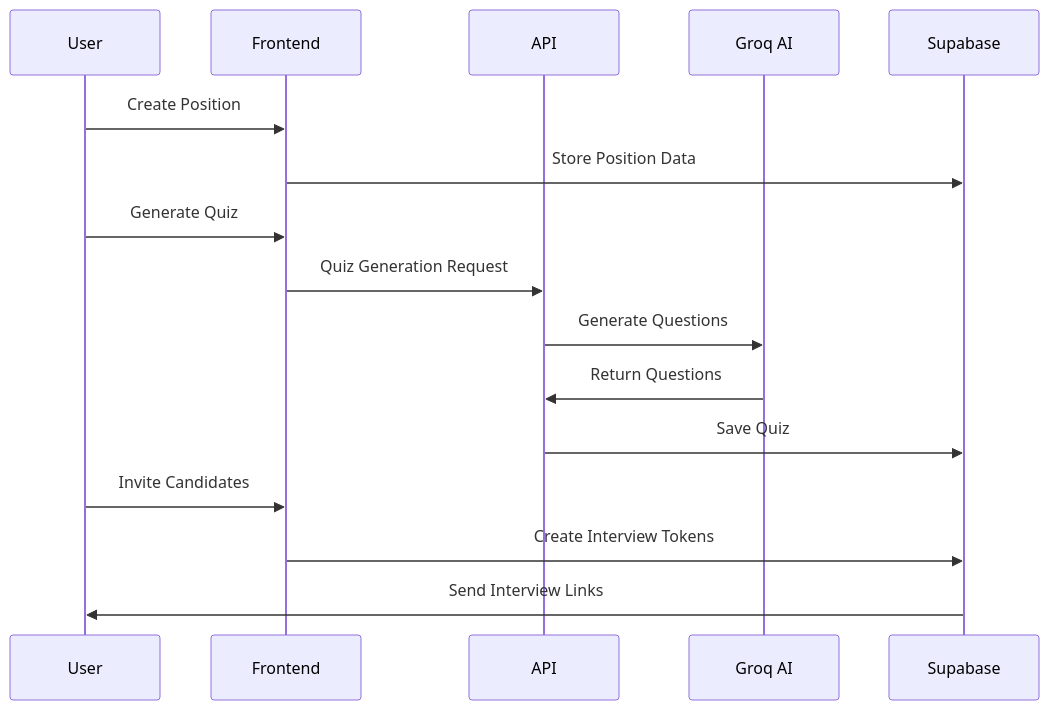
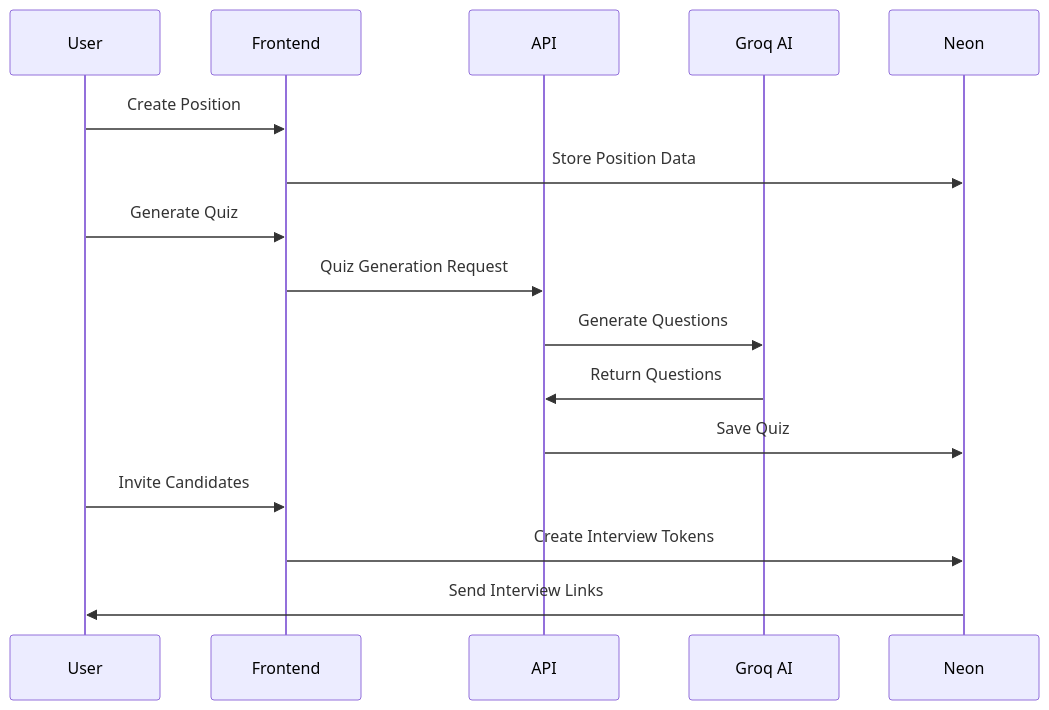
The second of 3 diagrams in README.md (violabg/dev-recruit-ai-features), drawn with Mermaid before and after one commit. The commit also changed other lines of this file and 7 other files, not shown here.

Commit message:
feat: Complete migration from Supabase to Prisma and Neon; remove Supabase dependencies and update documentation

````diff
--- a/README.md
+++ b/README.md
@@ -116,19 +117,19 @@
 ```mermaid
 sequenceDiagram
     participant U as User
     participant F as Frontend
     participant A as API
     participant AI as Groq AI
-    participant DB as Supabase
+    participant DB as Neon
 
     U->>F: Create Position
     F->>DB: Store Position Data
     U->>F: Generate Quiz
     F->>A: Quiz Generation Request
     A->>AI: Generate Questions
     AI->>A: Return Questions
     A->>DB: Save Quiz
     U->>F: Invite Candidates
     F->>DB: Create Interview Tokens
     DB->>U: Send Interview Links
 ```
````
